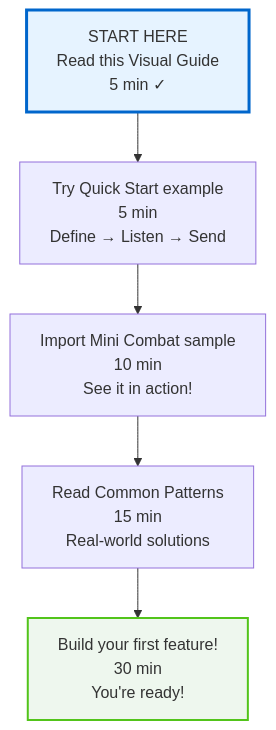
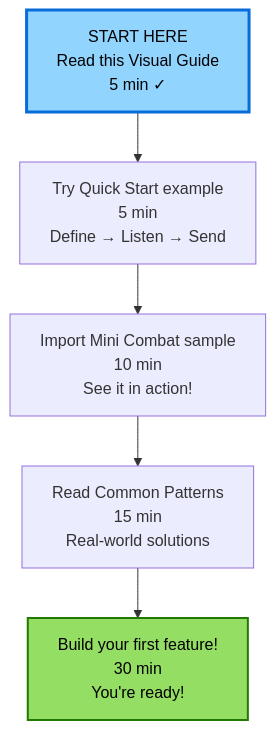
One commit to wallstop/DxMessaging changed the seventh of 7 diagrams in Docs/VisualGuide.md. Above: the diagram before and after it, drawn with Mermaid. The commit also changed other lines of this file and 5 other files, not shown here.

First line of the commit message:
Mermaid diagram updates (#68)

````diff
--- a/Docs/VisualGuide.md
+++ b/Docs/VisualGuide.md
@@ -470,11 +470,11 @@
 ```mermaid
 graph TD
     Start[START HERE<br/>Read this Visual Guide<br/>5 min ✓]
     Start --> Step2[Try Quick Start example<br/>5 min<br/>Define → Listen → Send]
     Step2 --> Step3[Import Mini Combat sample<br/>10 min<br/>See it in action!]
     Step3 --> Step4[Read Common Patterns<br/>15 min<br/>Real-world solutions]
     Step4 --> Step5[Build your first feature!<br/>30 min<br/>You're ready!]
 
-    style Start fill:#e6f3ff,stroke:#0066cc,stroke-width:3px
-    style Step5 fill:#eef7ee,stroke:#52c41a,stroke-width:2px
+    style Start fill:#91d5ff,stroke:#096dd9,stroke-width:3px,color:#000
+    style Step5 fill:#95de64,stroke:#237804,stroke-width:2px,color:#000
 ```
````
